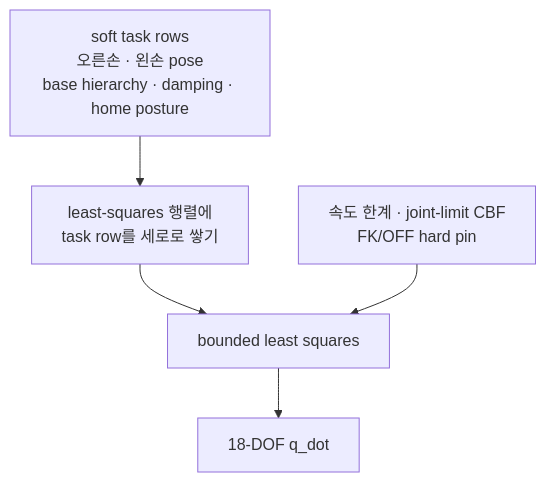
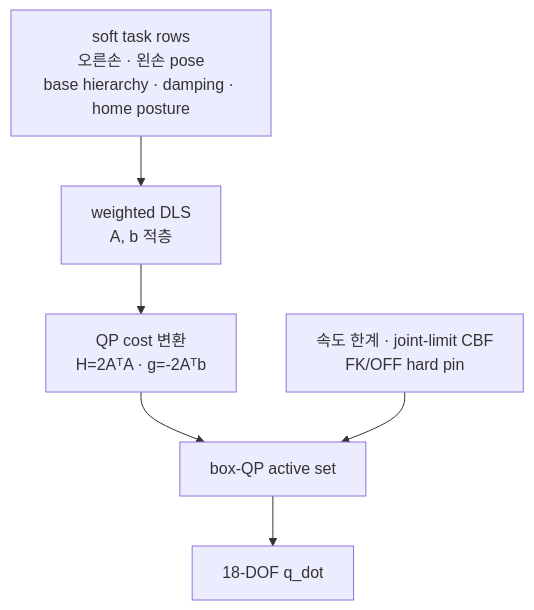
Before and after one commit to Geonhee-LEE/aiworker-mj-lab: the first of 5 diagrams in docs/guide/whole_body_ik.md, drawn with Mermaid. The commit also changed other lines of this file and 25 other files, not shown here.

````diff
--- a/docs/guide/whole_body_ik.md
+++ b/docs/guide/whole_body_ik.md
@@ -143,7 +200,8 @@
 ```mermaid
 flowchart TD
-    TASKS["soft task rows<br>오른손 · 왼손 pose<br>base hierarchy · damping · home posture"] --> STACK["least-squares 행렬에<br>task row를 세로로 쌓기"]
-    STACK --> BVLS["bounded least squares"]
-    BOUNDS["속도 한계 · joint-limit CBF<br>FK/OFF hard pin"] --> BVLS
-    BVLS --> QDOT["18-DOF q_dot"]
+    TASKS["soft task rows<br>오른손 · 왼손 pose<br>base hierarchy · damping · home posture"] --> STACK["weighted DLS<br>A, b 적층"]
+    STACK --> COST["QP cost 변환<br>H=2AᵀA · g=-2Aᵀb"]
+    COST --> QP["box-QP active set"]
+    BOUNDS["속도 한계 · joint-limit CBF<br>FK/OFF hard pin"] --> QP
+    QP --> QDOT["18-DOF q_dot"]
 ```
````
